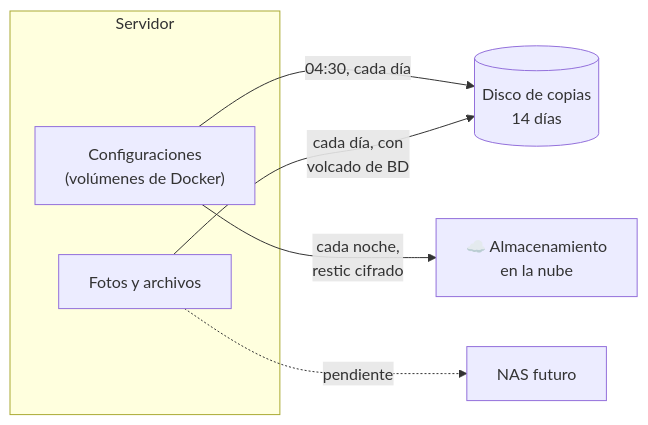
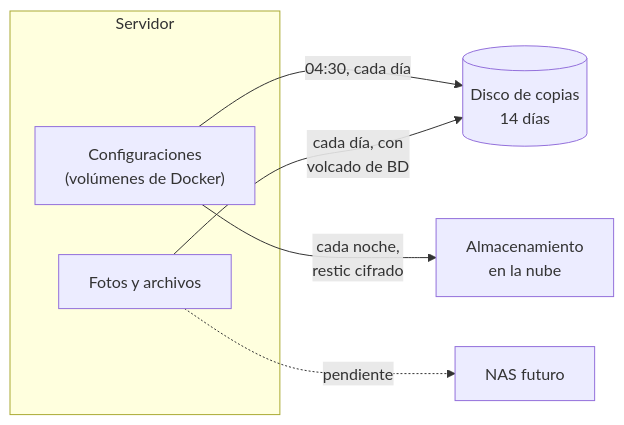
One commit to m0uwastaken/homelab changed the diagram in docs/12-copias-de-seguridad.md. Above: the diagram before and after it, drawn with Mermaid. The commit also changed 8 other files, not shown here.

First line of the commit message:
Actualiza el diagrama de red con el switch y quita los emojis de los diagramas

````diff
--- a/docs/12-copias-de-seguridad.md
+++ b/docs/12-copias-de-seguridad.md
@@ -17,11 +17,11 @@
 ```mermaid
 flowchart LR
     subgraph SRV["Servidor"]
         CFG["Configuraciones<br/>(volúmenes de Docker)"]
         FOT["Fotos y archivos"]
     end
     CFG -->|"04:30, cada día"| WD[("Disco de copias<br/>14 días")]
     FOT -->|"cada día, con<br/>volcado de BD"| WD
-    CFG -->|"cada noche,<br/>restic cifrado"| NUBE["☁️ Almacenamiento<br/>en la nube"]
+    CFG -->|"cada noche,<br/>restic cifrado"| NUBE["Almacenamiento<br/>en la nube"]
     FOT -.->|"pendiente"| NAS["NAS futuro"]
 ```
````
